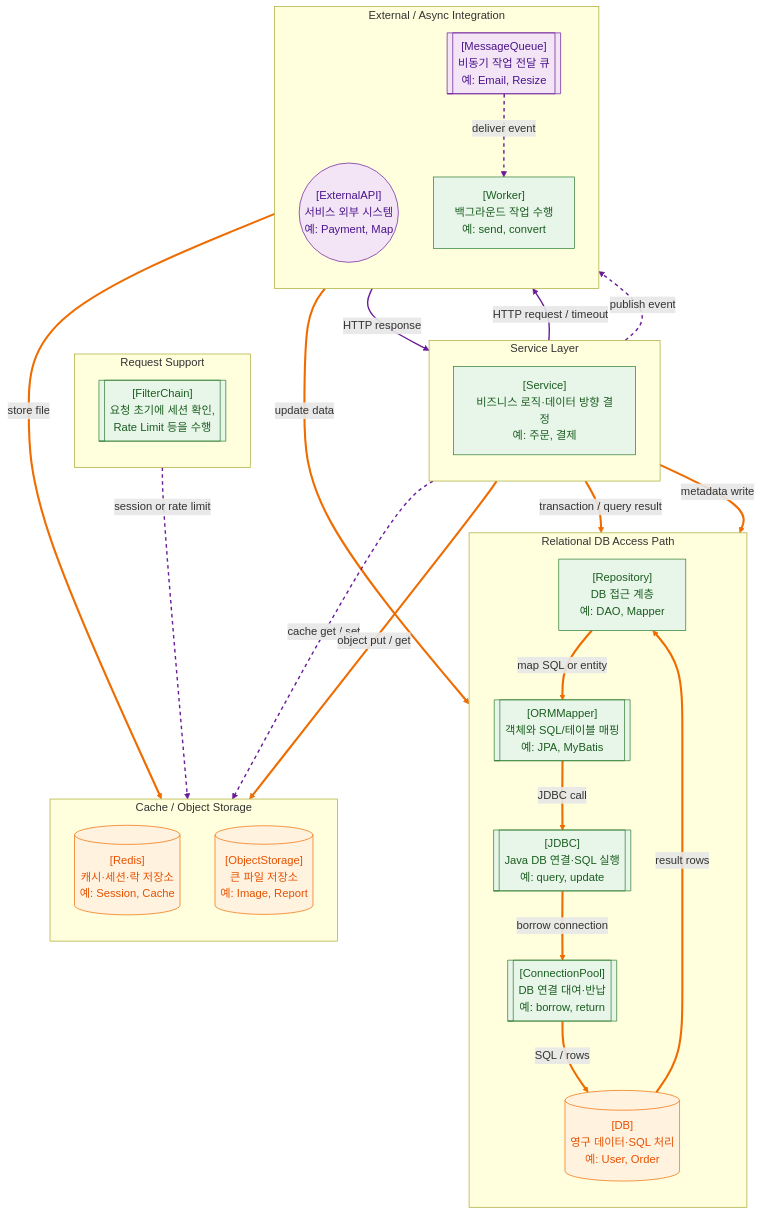
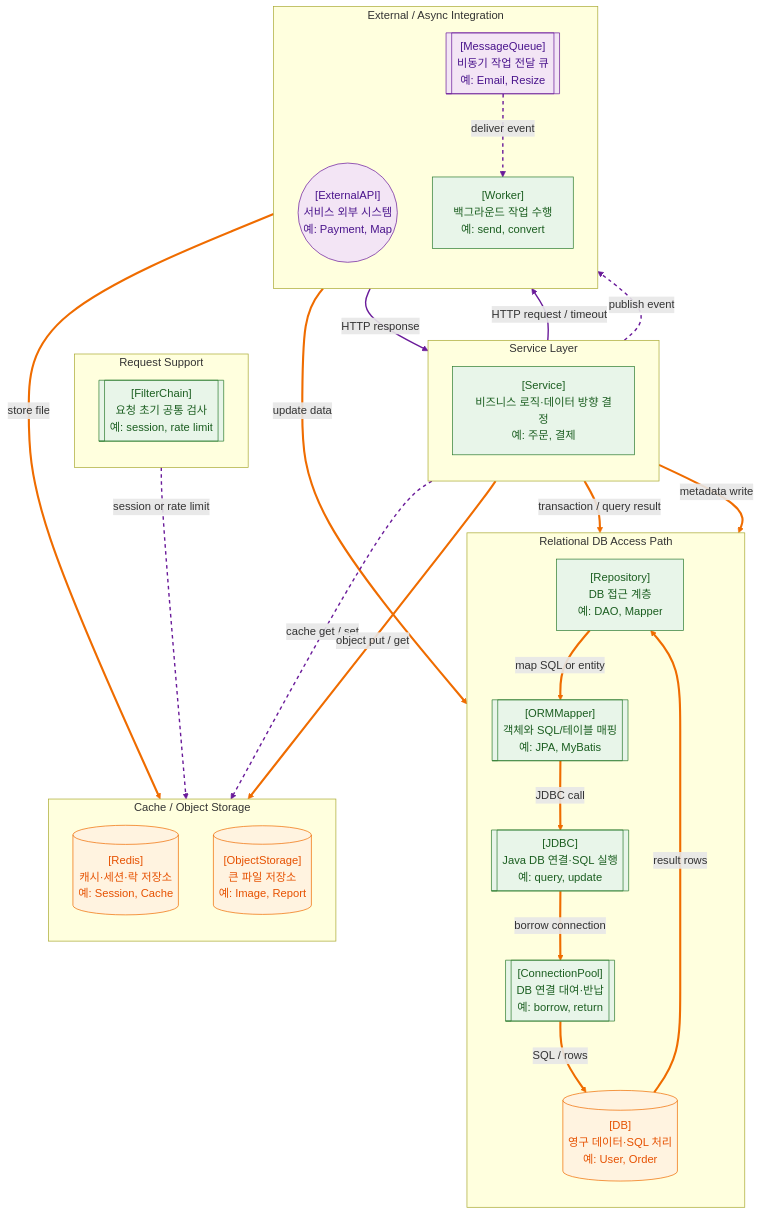
One commit to thisis-joe/thisis-joe.github.io changed the diagram in content/Web-지도/4. 데이터, Redis, 외부 연동 지도.md. Above: the diagram before and after it, drawn with Mermaid. The commit also changed other lines of this file and 595 other files, not shown here.

````diff
--- a/content/Web-지도/4. 데이터, Redis, 외부 연동 지도.md
+++ b/content/Web-지도/4. 데이터, Redis, 외부 연동 지도.md
@@ -15,70 +15,70 @@
 ```mermaid
 
 flowchart TB
 
 subgraph REQUEST_SUPPORT["Request Support"]
 direction TB
-FILTER[["[FilterChain]<br/>요청 초기에 세션 확인,<br/>Rate Limit 등을 수행"]]
+FILTER[["[FilterChain]<br/>요청 초기 공통 검사<br/>예: session, rate limit"]]
 end
 
 subgraph SERVICE_LAYER["Service Layer"]
 direction TB
 SERVICE["[Service]<br/>비즈니스 로직·데이터 방향 결정<br/>예: 주문, 결제"]
 end
 
 subgraph DB_ACCESS["Relational DB Access Path"]
 direction TB
 REPO["[Repository]<br/>DB 접근 계층<br/>예: DAO, Mapper"]
 ORM[["[ORMMapper]<br/>객체와 SQL/테이블 매핑<br/>예: JPA, MyBatis"]]
 JDBC[["[JDBC]<br/>Java DB 연결·SQL 실행<br/>예: query, update"]]
 POOL[["[ConnectionPool]<br/>DB 연결 대여·반납<br/>예: borrow, return"]]
 DB[("[DB]<br/>영구 데이터·SQL 처리<br/>예: User, Order")]
 end
 
 subgraph CACHE_STORAGE["Cache / Object Storage"]
 direction TB
 REDIS[("[Redis]<br/>캐시·세션·락 저장소<br/>예: Session, Cache")]
 OBJ[("[ObjectStorage]<br/>큰 파일 저장소<br/>예: Image, Report")]
 end
 
 subgraph EXTERNAL_SYNC["External / Async Integration"]
 direction TB
 EXT(("[ExternalAPI]<br/>서비스 외부 시스템<br/>예: Payment, Map"))
 MQ[["[MessageQueue]<br/>비동기 작업 전달 큐<br/>예: Email, Resize"]]
 WORKER["[Worker]<br/>백그라운드 작업 수행<br/>예: send, convert"]
 end
 
 FILTER -.->|session or rate limit| REDIS
 
 SERVICE ==>|transaction / query result| REPO
 REPO ==>|map SQL or entity| ORM
 ORM ==>|JDBC call| JDBC
 JDBC ==>|borrow connection| POOL
 POOL ==>|SQL / rows| DB
 DB ==>|result rows| REPO
 
 SERVICE -.->|cache get / set| REDIS
 
 SERVICE ==>|metadata write| DB
 SERVICE ==>|object put / get| OBJ
 
 SERVICE -->|HTTP request / timeout| EXT
 EXT -->|HTTP response| SERVICE
 
 SERVICE -.->|publish event| MQ
 MQ -.->|deliver event| WORKER
 WORKER ==>|update data| DB
 WORKER ==>|store file| OBJ
 
 classDef server fill:#E8F5E9,stroke:#2E7D32,color:#1B5E20;
 classDef data fill:#FFF3E0,stroke:#EF6C00,color:#E65100;
 classDef event fill:#F3E5F5,stroke:#6A1B9A,color:#4A148C;
 
 class FILTER,SERVICE,REPO,ORM,JDBC,POOL,WORKER server;
 class DB,REDIS,OBJ data;
 class EXT,MQ event;
 
 linkStyle 0,7,12,13 stroke:#6A1B9A,stroke-width:2px,stroke-dasharray:5 5;
 linkStyle 1,2,3,4,5,6,8,9,14,15 stroke:#EF6C00,stroke-width:3px;
 linkStyle 10,11 stroke:#6A1B9A,stroke-width:2px;
 ```
````
